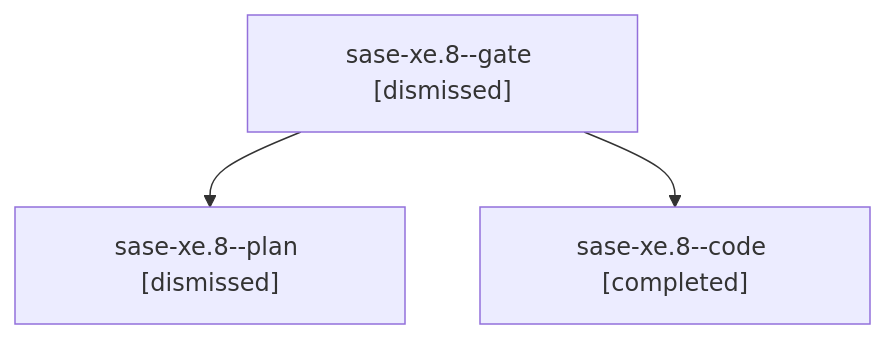
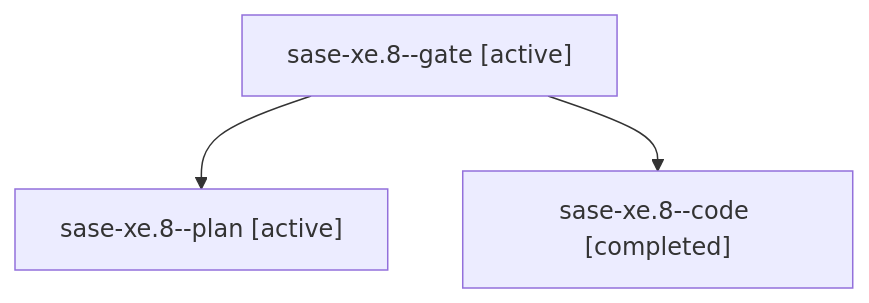
One commit to sase-org/sase--agents changed the diagram in families/bbugyi200.athena.sase-xe.8.md. Above: the diagram before and after it, drawn with Mermaid. The commit also changed other lines of this file and 35830 other files, not shown here.

````diff
--- a/families/bbugyi200.athena.sase-xe.8.md
+++ b/families/bbugyi200.athena.sase-xe.8.md
@@ -9,8 +9,8 @@
 ```mermaid
 flowchart TD
-  n0["sase-xe.8--gate [dismissed]"]
-  n1["sase-xe.8--plan [dismissed]"]
+  n0["sase-xe.8--gate [active]"]
+  n1["sase-xe.8--plan [active]"]
   n0 --> n1
   n2["sase-xe.8--code [completed]"]
   n0 --> n2
 ```
````
